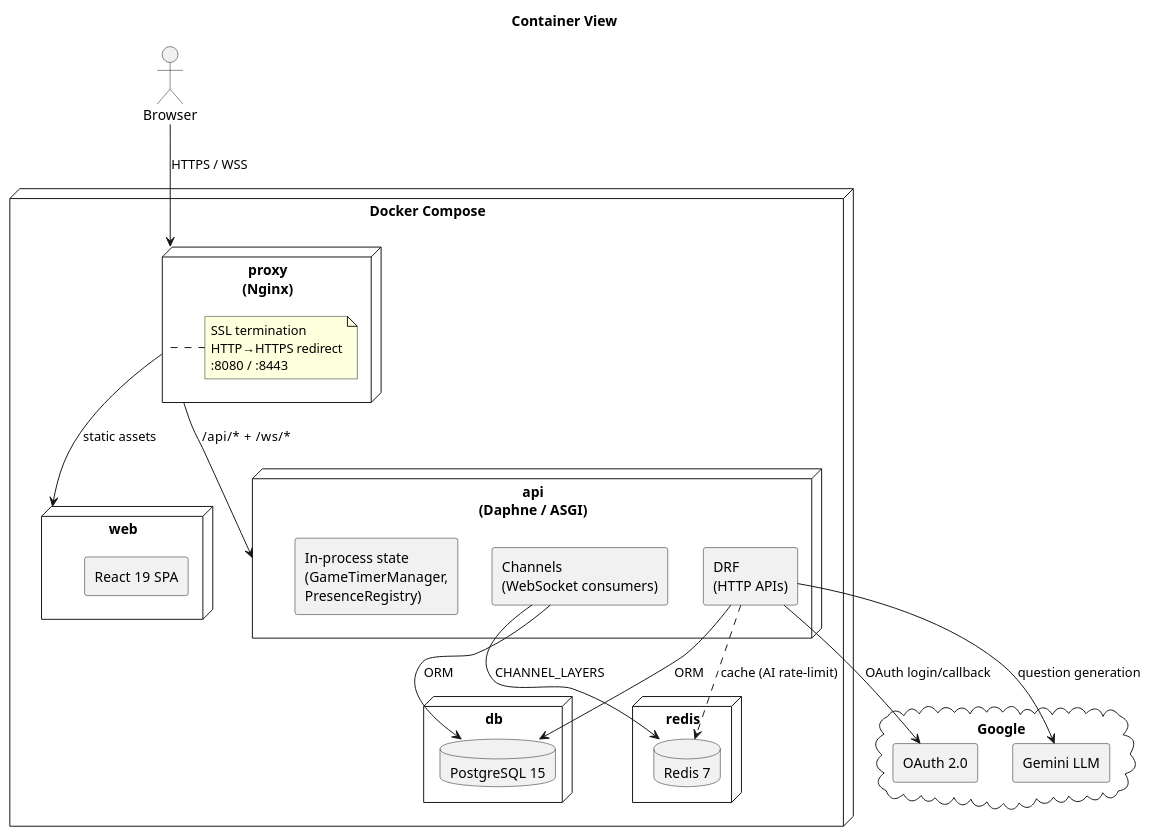
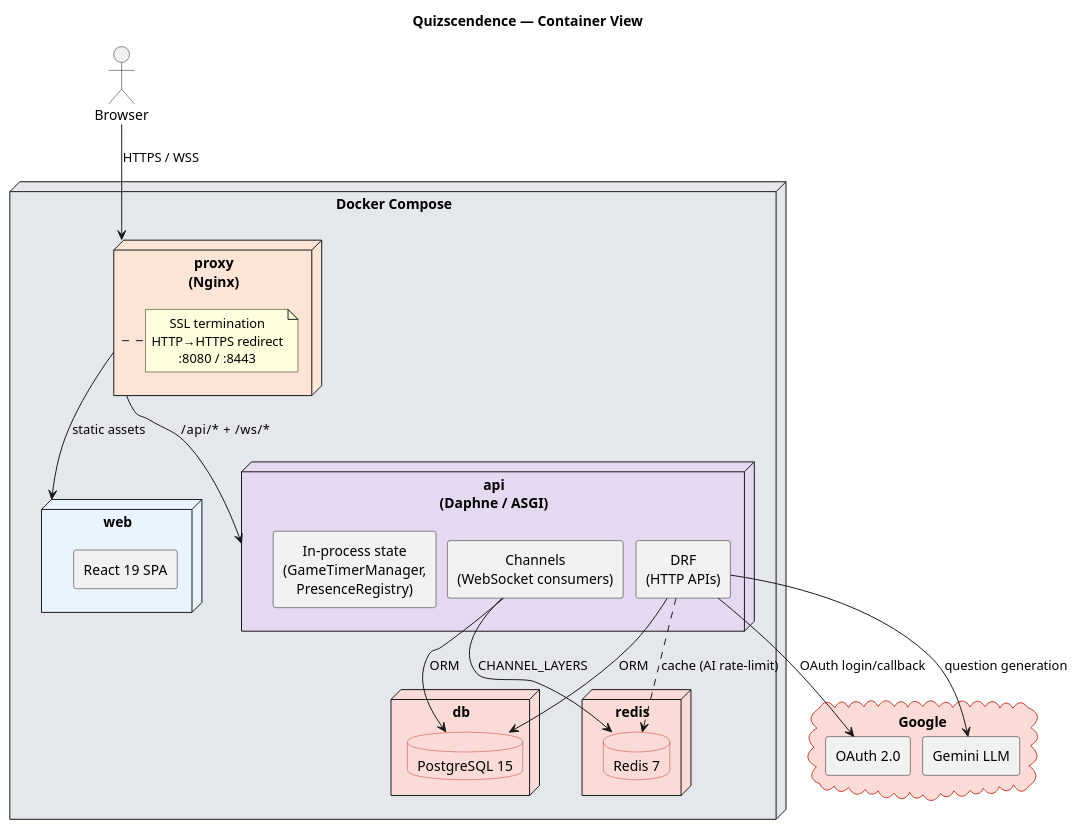
The diagram in docs/container_view.puml (Jzackiewicz/42_ft_transcendence), drawn with PlantUML before and after one commit. The commit also changed 7 other files, not shown here.

Commit message:
Final Diagrams

```diff
--- a/docs/container_view.puml
+++ b/docs/container_view.puml
@@ -1,54 +1,68 @@
 @startuml Quizscendence_DevOps
-title Container View
+title Quizscendence — Container View
 
 skinparam componentStyle rectangle
 skinparam shadowing false
+skinparam packageStyle rectangle
+skinparam nodesep 12
+skinparam ranksep 45
+skinparam defaultTextAlignment center
+
+' ---- Shared palette (matches logical_view) ----
+skinparam database {
+  BackgroundColor #FADBD8
+  BorderColor #C0392B
+}
+skinparam cloud {
+  BackgroundColor #FADBD8
+  BorderColor #C0392B
+}
 
 actor Browser as user
 
-node "Docker Compose" {
-  node "proxy\n(Nginx)" as nginx {
+node "Docker Compose" #E4E7EC {
+  node "proxy\n(Nginx)" as nginx #FCE4D6 {
     note right of nginx
       SSL termination
       HTTP→HTTPS redirect
       :8080 / :8443
     end note
   }
 
-  node "web" as web {
+  node "web" as web #EAF4FF {
     component "React 19 SPA" as spa
   }
 
-  node "api\n(Daphne / ASGI)" as api {
+  node "api\n(Daphne / ASGI)" as api #E5D9F2 {
     component "DRF\n(HTTP APIs)" as drf
     component "Channels\n(WebSocket consumers)" as channels
     component "In-process state\n(GameTimerManager,\nPresenceRegistry)" as inproc
   }
 
-  node "db" as dbnode {
+  node "db" as dbnode #FADBD8 {
     database "PostgreSQL 15" as pg
   }
 
-  node "redis" as redisnode {
+  node "redis" as redisnode #FADBD8 {
     database "Redis 7" as redis
   }
 }
 
 cloud "Google" {
   component "OAuth 2.0" as goauth
   component "Gemini LLM" as gemini
 }
 
 user --> nginx : HTTPS / WSS
 nginx --> web : static assets
 nginx --> api : /api/*  +  /ws/*
 
 drf --> pg : ORM
 channels --> pg : ORM
 drf ..> redis : cache (AI rate-limit)
 channels --> redis : CHANNEL_LAYERS
 
 drf --> goauth : OAuth login/callback
 drf --> gemini : question generation
 
 @enduml
```
